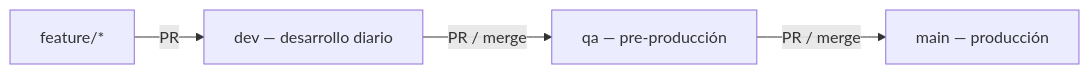
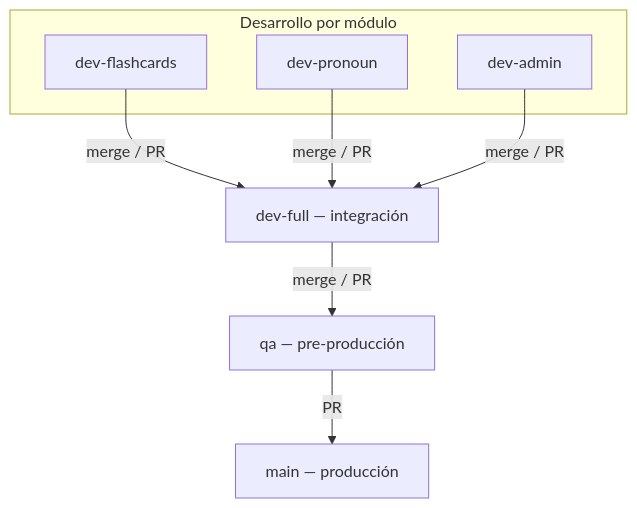
One commit to jcoronado1982/http-fluency.lat changed the diagram in docs/GIT_BRANCHES.md. Above: the diagram before and after it, drawn with Mermaid. The commit also changed other lines of this file and 7 other files, not shown here.

````diff
--- a/docs/GIT_BRANCHES.md
+++ b/docs/GIT_BRANCHES.md
@@ -10,6 +12,17 @@
 ```mermaid
-graph LR
-    DEV[dev — desarrollo diario] -->|PR / merge| QA[qa — pre-producción]
-    QA -->|PR / merge| MAIN[main — producción]
-    FEAT[feature/*] -->|PR| DEV
+graph TB
+    subgraph dev_modular [Desarrollo por módulo]
+        DF[dev-flashcards]
+        DP[dev-pronoun]
+        DA[dev-admin]
+    end
+    FULL[dev-full — integración]
+    QA[qa — pre-producción]
+    MAIN[main — producción]
+
+    DF -->|merge / PR| FULL
+    DP -->|merge / PR| FULL
+    DA -->|merge / PR| FULL
+    FULL -->|merge / PR| QA
+    QA -->|PR| MAIN
 ```
````
